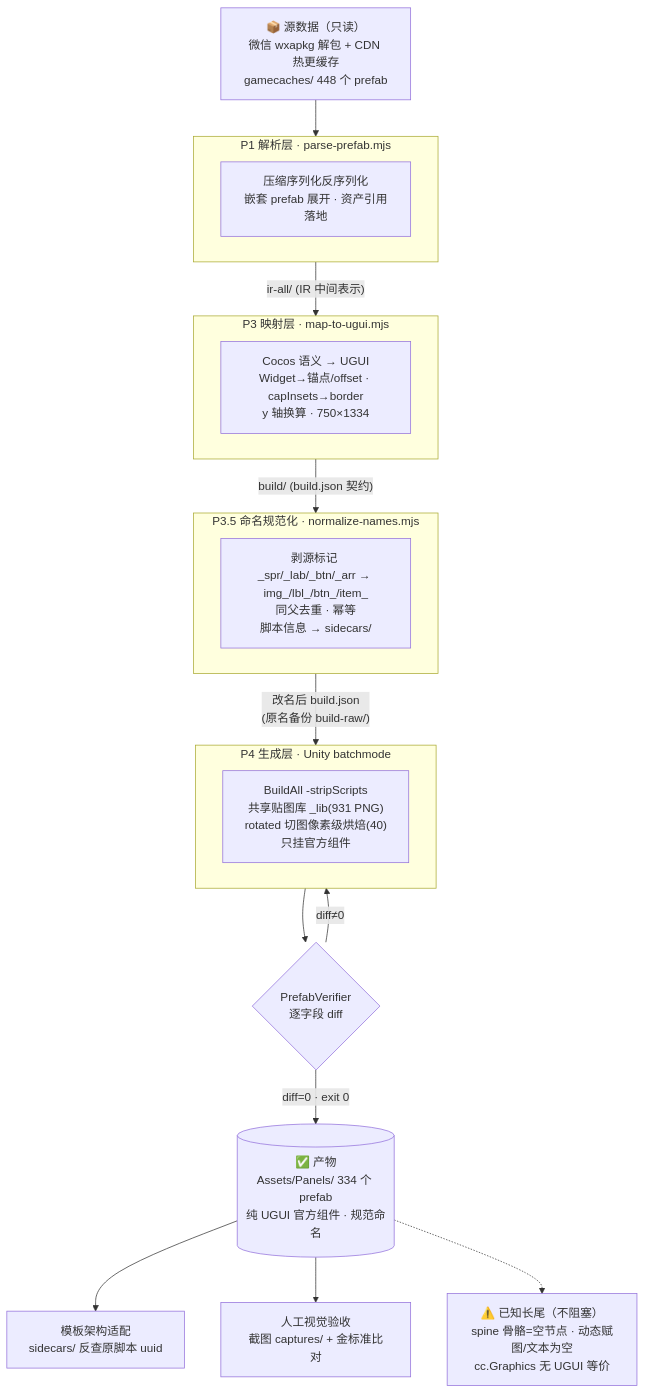
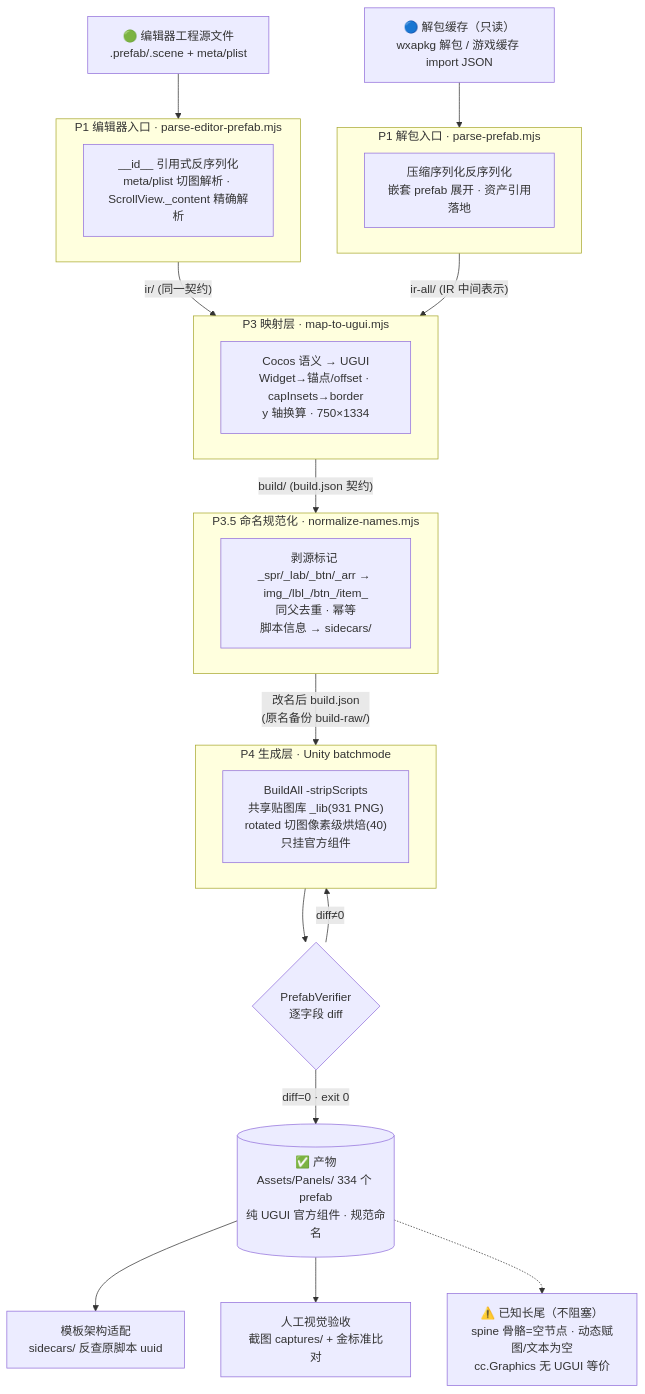
One commit to CrimeyMike/Cocos2UGUI changed the diagram in docs/PIPELINE-FLOW.md. Above: the diagram before and after it, drawn with Mermaid. The commit also changed other lines of this file and 15 other files, not shown here.

First line of the commit message:
feat: 编辑器原生工程入口（主路径）——parse-editor-prefab.mjs + batch-all --editor

````diff
--- a/docs/PIPELINE-FLOW.md
+++ b/docs/PIPELINE-FLOW.md
@@ -3,35 +3,40 @@
 ```mermaid
 flowchart TD
-    SRC["📦 源数据（只读）<br/>微信 wxapkg 解包 + CDN 热更缓存<br/>gamecaches/ 448 个 prefab"] --> P1
+    SRC1["🟢 编辑器工程源文件<br/>.prefab/.scene + meta/plist"] --> P1E
+    subgraph P1E["P1 编辑器入口 · parse-editor-prefab.mjs"]
+        A0["__id__ 引用式反序列化<br/>meta/plist 切图解析 · ScrollView._content 精确解析"]
+    end
+    P1E -->|"ir/ (同一契约)"| P3
 
-    subgraph P1["P1 解析层 · parse-prefab.mjs"]
+    SRC2["🔵 解包缓存（只读）<br/>wxapkg 解包 / 游戏缓存 import JSON"] --> P1
+    subgraph P1["P1 解包入口 · parse-prefab.mjs"]
         A1["压缩序列化反序列化<br/>嵌套 prefab 展开 · 资产引用落地"]
     end
     P1 -->|"ir-all/ (IR 中间表示)"| P3
 
     subgraph P3["P3 映射层 · map-to-ugui.mjs"]
         B1["Cocos 语义 → UGUI<br/>Widget→锚点/offset · capInsets→border<br/>y 轴换算 · 750×1334"]
     end
     P3 -->|"build/ (build.json 契约)"| P35
 
     subgraph P35["P3.5 命名规范化 · normalize-names.mjs"]
         C1["剥源标记 _spr/_lab/_btn/_arr → img_/lbl_/btn_/item_<br/>同父去重 · 幂等<br/>脚本信息 → sidecars/"]
     end
     P35 -->|"改名后 build.json<br/>(原名备份 build-raw/)"| P4
 
     subgraph P4["P4 生成层 · Unity batchmode"]
         D1["BuildAll -stripScripts<br/>共享贴图库 _lib(931 PNG)<br/>rotated 切图像素级烘焙(40)<br/>只挂官方组件"]
     end
     P4 --> V{PrefabVerifier<br/>逐字段 diff}
 
     V -->|"diff≠0"| P4
     V -->|"diff=0 · exit 0"| OUT
 
     OUT[("✅ 产物<br/>Assets/Panels/ 334 个 prefab<br/>纯 UGUI 官方组件 · 规范命名")]
 
     OUT --> USE1["模板架构适配<br/>sidecars/ 反查原脚本 uuid"]
     OUT --> USE2["人工视觉验收<br/>截图 captures/ + 金标准比对"]
 
     TAIL["⚠️ 已知长尾（不阻塞）<br/>spine 骨骼=空节点 · 动态赋图/文本为空<br/>cc.Graphics 无 UGUI 等价"]
     OUT -.-> TAIL
 ```
````
